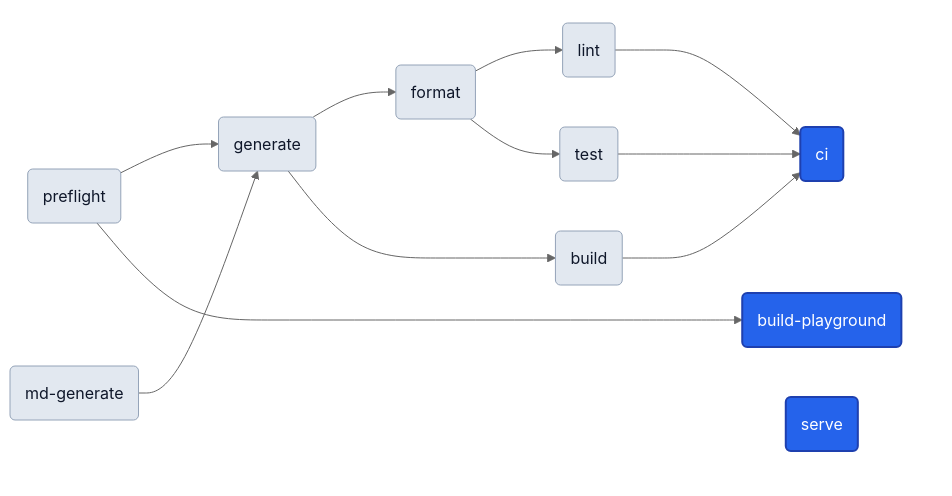
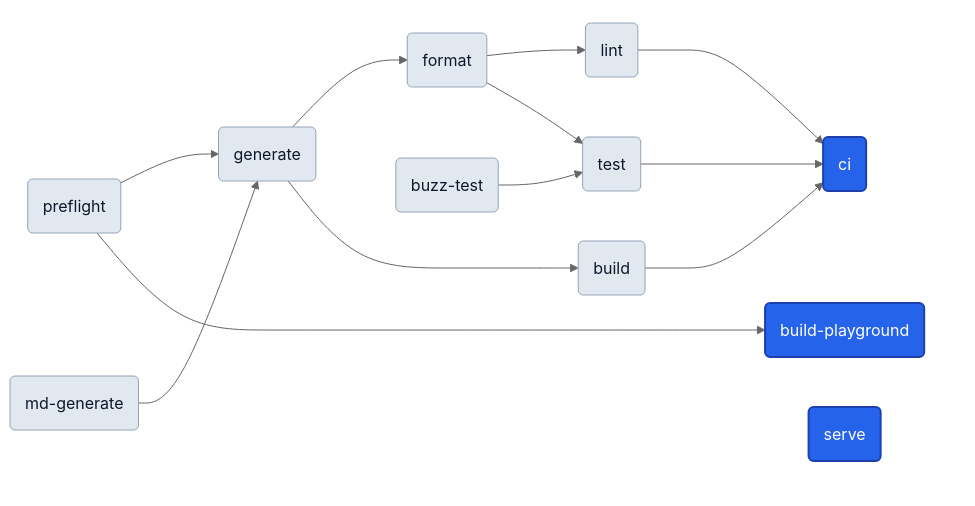
The second of 2 diagrams in website/MAGUS.md (egladman/magus), drawn with Mermaid (neutral theme) before and after one commit. The commit also changed other lines of this file and 287 other files, not shown here.

````diff
--- a/website/MAGUS.md
+++ b/website/MAGUS.md
@@ -58,36 +58,38 @@
 ```mermaid
 ---
 config:
   flowchart:
     nodeSpacing: 50
     rankSpacing: 80
 ---
 graph LR
   subgraph entry_cluster[" "]
     ci("ci")
     build_playground("build-playground")
     serve("serve")
   end
   preflight("preflight")
   md_generate("md-generate")
   generate("generate")
   format("format")
   lint("lint")
   build("build")
+  buzz_test("buzz-test")
   test("test")
   preflight --> generate
   md_generate --> generate
   generate --> format
   format --> lint
   generate --> build
   format --> test
+  buzz_test --> test
   lint --> ci
   build --> ci
   test --> ci
   preflight --> build_playground
   classDef anchor fill:#2563eb,color:#ffffff,stroke:#1e40af,stroke-width:2px
   classDef target fill:#e2e8f0,color:#0f172a,stroke:#94a3b8
   class build_playground,ci,serve anchor
-  class build,format,generate,lint,md_generate,preflight,test target
+  class build,buzz_test,format,generate,lint,md_generate,preflight,test target
   style entry_cluster fill:transparent,stroke:transparent
 ```
````
